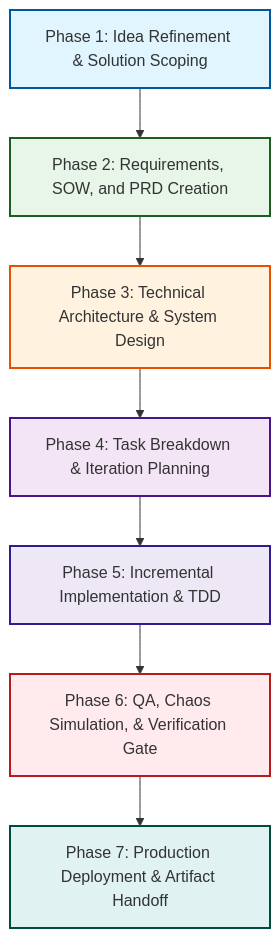
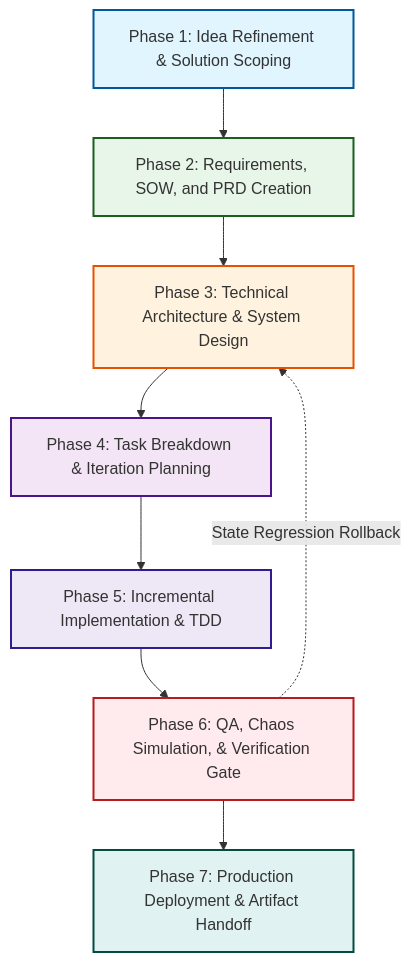
The diagram in docs/e2e-delivery-workflow.md (enriquekalven/delta-skills), drawn with Mermaid before and after one commit. The commit also changed other lines of this file, not shown here.

Commit message:
docs: update e2e-delivery-workflow documentation with capability slots and regression loops

````diff
--- a/docs/e2e-delivery-workflow.md
+++ b/docs/e2e-delivery-workflow.md
@@ -17,17 +28,19 @@
 ```mermaid
 graph TD
     A["Phase 1: Idea Refinement & Solution Scoping"] --> B["Phase 2: Requirements, SOW, and PRD Creation"]
     B --> C["Phase 3: Technical Architecture & System Design"]
     C --> D["Phase 4: Task Breakdown & Iteration Planning"]
     D --> E["Phase 5: Incremental Implementation & TDD"]
     E --> F["Phase 6: QA, Chaos Simulation, & Verification Gate"]
     F --> G["Phase 7: Production Deployment & Artifact Handoff"]
 
+    F -. "State Regression Rollback" .-> C
+
     style A fill:#e1f5fe,stroke:#01579b,stroke-width:2px
     style B fill:#e8f5e9,stroke:#1b5e20,stroke-width:2px
     style C fill:#fff3e0,stroke:#e65100,stroke-width:2px
     style D fill:#f3e5f5,stroke:#4a148c,stroke-width:2px
     style E fill:#ede7f6,stroke:#311b92,stroke-width:2px
     style F fill:#ffebee,stroke:#b71c1c,stroke-width:2px
     style G fill:#e0f2f1,stroke:#004d40,stroke-width:2px
 ```
````
